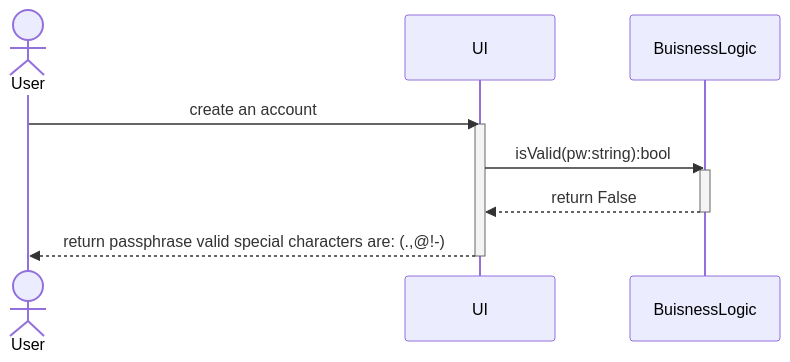
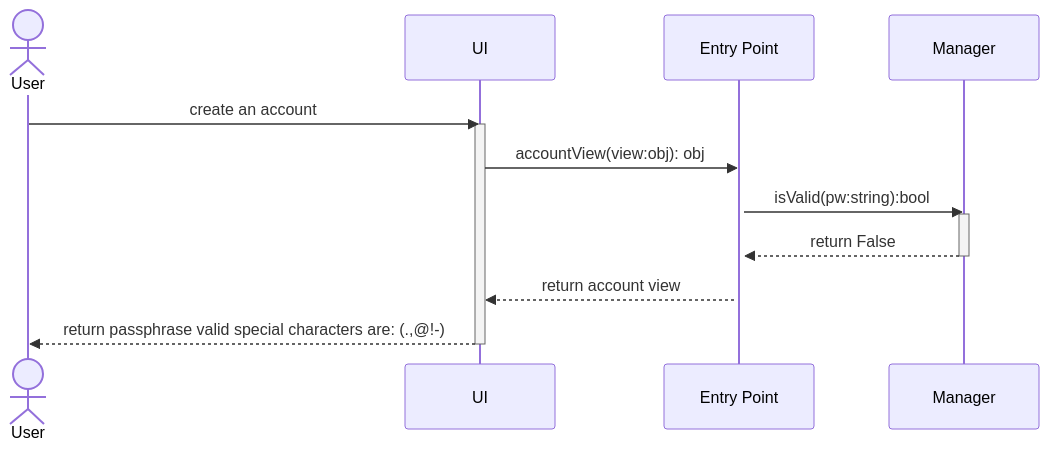
One commit to JosephArmas/cecs-491A-Team-Big-Data changed the diagram in milestone 2/low level design/registration/failures/v2/account/account_invalid_pw_specialchar.md. Above: the diagram before and after it, drawn with Mermaid. The commit also changed 6 other files, not shown here.

Commit message:
added entry point to all diagrams

````diff
--- a/milestone 2/low level design/registration/failures/v2/account/account_invalid_pw_specialchar.md
+++ b/milestone 2/low level design/registration/failures/v2/account/account_invalid_pw_specialchar.md
@@ -2,12 +2,15 @@
 ```mermaid
 sequenceDiagram
     actor User
     User ->> UI: create an account
     activate UI
-    UI ->> BuisnessLogic: isValid(pw:string):bool
-    activate BuisnessLogic
-    BuisnessLogic -->> UI: return False 
-    deactivate BuisnessLogic
+    UI ->> Entry Point: accountView(view:obj): obj
+    activate Entry Point
+    Entry Point ->> Manager: isValid(pw:string):bool
+    activate Manager
+    Manager -->> Entry Point: return False 
+    deactivate Manager
+    Entry Point -->> UI: return account view
     UI -->> User: return passphrase valid special characters are: (.,@!-)
     deactivate UI
 ```
````
